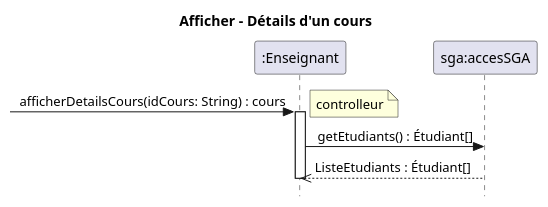
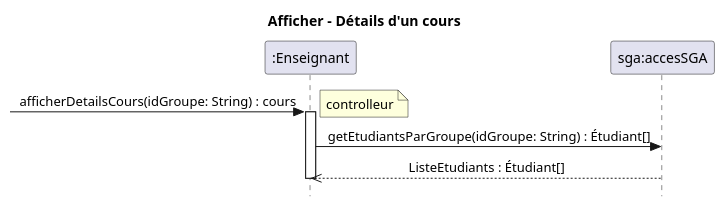
Before and after one commit to xMrYahya/moodle-clone: the diagram in docs/modeles/cu01/rdcu-afficherDetailsCours.puml, drawn with PlantUML. The commit also changed 22 other files, not shown here.

```diff
--- a/docs/modeles/cu01/rdcu-afficherDetailsCours.puml
+++ b/docs/modeles/cu01/rdcu-afficherDetailsCours.puml
@@ -1,16 +1,16 @@
 @startuml
 title Afficher - Détails d'un cours
 skinparam Style strictuml
 skinparam sequenceMessageAlign center
 
 participant ":Enseignant"  as enseignant
 participant "sga:accesSGA" as sga
 
- -> enseignant : afficherDetailsCours(idCours: String) : cours
+ -> enseignant : afficherDetailsCours(idGroupe: String) : cours
 note right: controlleur
 activate enseignant
-enseignant -> sga : getEtudiants() : Étudiant[]
+enseignant -> sga : getEtudiantsParGroupe(idGroupe: String) : Étudiant[]
 sga -->> enseignant : ListeEtudiants : Étudiant[]
 
 deactivate enseignant
 @enduml
```
